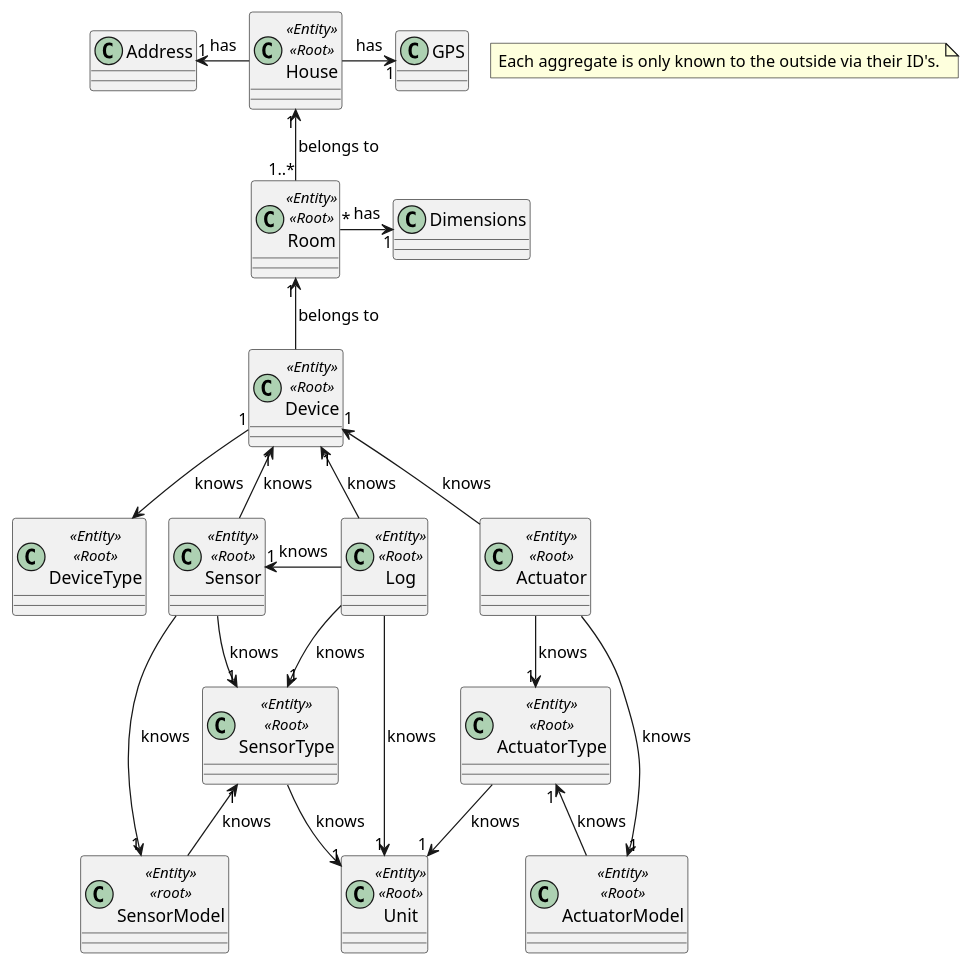
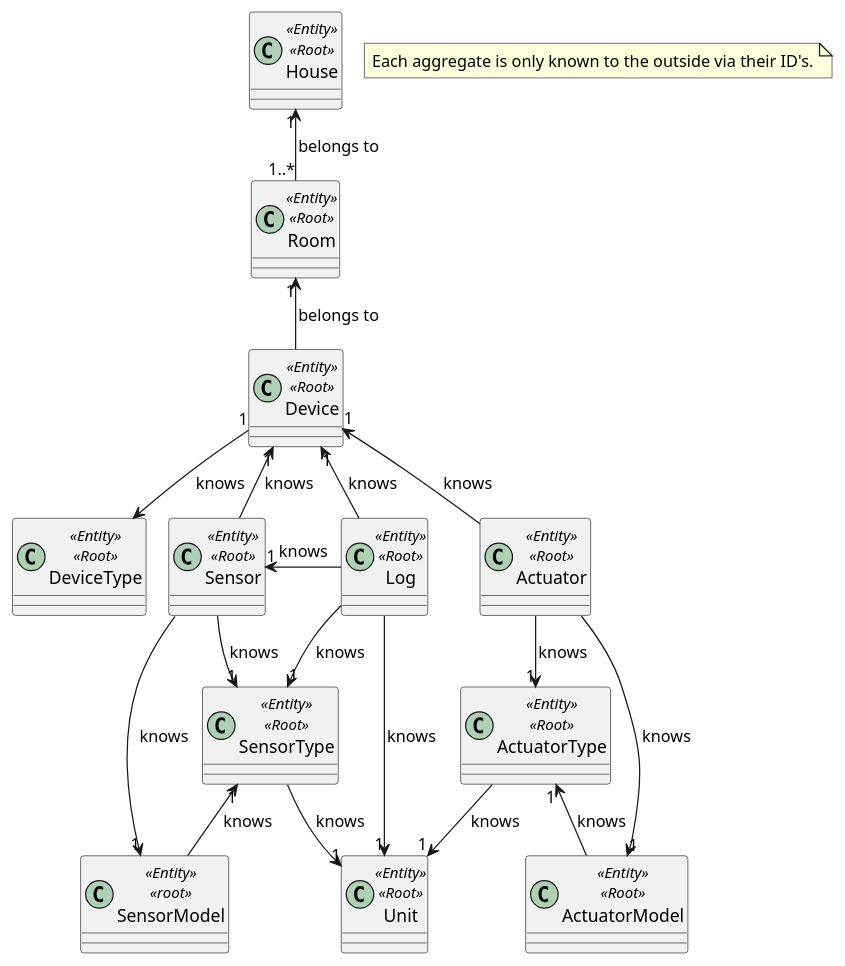
One commit to olivDiogo/SmartHome changed the diagram in docs/ooa/2.domainEntitiesDiagram/domainEntities.puml. Above: the diagram before and after it, drawn with PlantUML. The commit also changed 379 other files, not shown here.

```diff
--- a/docs/ooa/2.domainEntitiesDiagram/domainEntities.puml
+++ b/docs/ooa/2.domainEntitiesDiagram/domainEntities.puml
@@ -1,45 +1,43 @@
 @startuml
 !pragma layout smetana
 
 
 class House<<Entity>><<Root>>{}
 class Room<<Entity>><<Root>>{}
 class Device<<Entity>><<Root>>{}
 class DeviceType<<Entity>><<Root>>{}
 class Sensor<<Entity>><<Root>>{}
 class Actuator<<Entity>><<Root>>{}
 class ActuatorType<<Entity>><<Root>>{}
 class ActuatorModel<<Entity>><<Root>>{}
 class SensorType<<Entity>><<Root>>{}
 class SensorModel<<Entity>><<root>>{}
 class Unit<<Entity>><<Root>>{}
 class Log<<Entity>><<Root>>{}
 
 note "Each aggregate is only known to the outside via their ID's." as note
 
 
 
-House -left-> "1" Address : has
-House -right-> "1" GPS : has
+
 House "1" <-- "1..*" Room : belongs to
 Room "1" <-- Device : belongs to
-Room "*" -right-> "1" Dimensions : has
 Device "1" <-- Sensor : knows
 Device "1" <-- Actuator : knows
 Device "1" --> DeviceType : knows
 Sensor --> "1" SensorType : knows
 
 Actuator --> "1" ActuatorType : knows
 SensorType "1" <-- SensorModel: knows
 SensorType --> "1" Unit: knows
 ActuatorType "1" <-- ActuatorModel: knows
 ActuatorType --> "1" Unit: knows
 Sensor --> "1" SensorModel : knows
 Actuator --> "1" ActuatorModel : knows
 
 Log -up-> "1" Device : knows
 Log -left-> "1" Sensor : knows
 Log --> "1" SensorType : knows
 Log --> "1" Unit : knows
 
 @enduml
```
